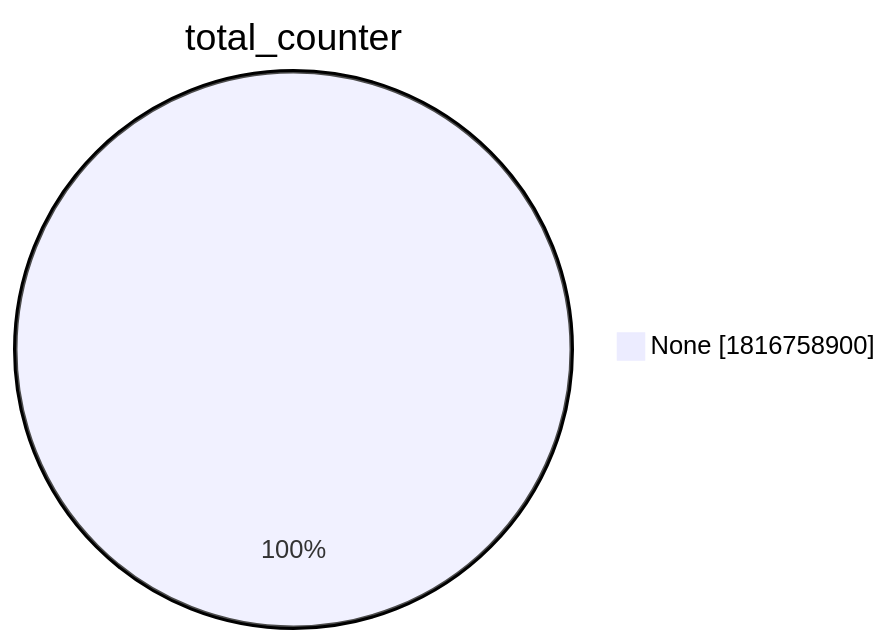
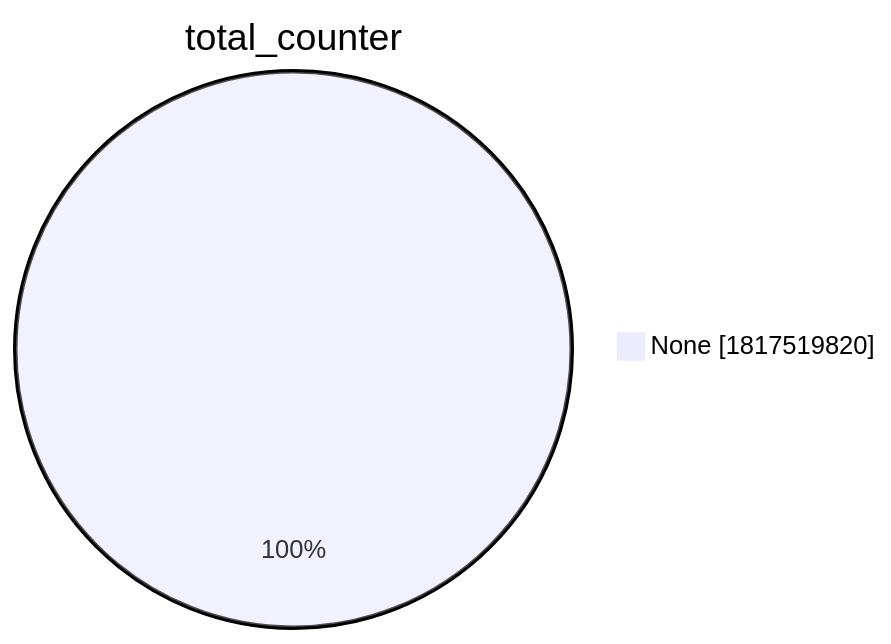
Before and after one commit to christiankrug/ctmonitor_visualization: the second of 15 diagrams in xenon2022/README.md, drawn with Mermaid. The commit also changed other lines of this file, not shown here.

````diff
--- a/xenon2022/README.md
+++ b/xenon2022/README.md
@@ -9,5 +9,5 @@
 ```mermaid
 pie showData
 title total_counter
-"None" :1816758900
+"None" :1817519820
 ```
````
